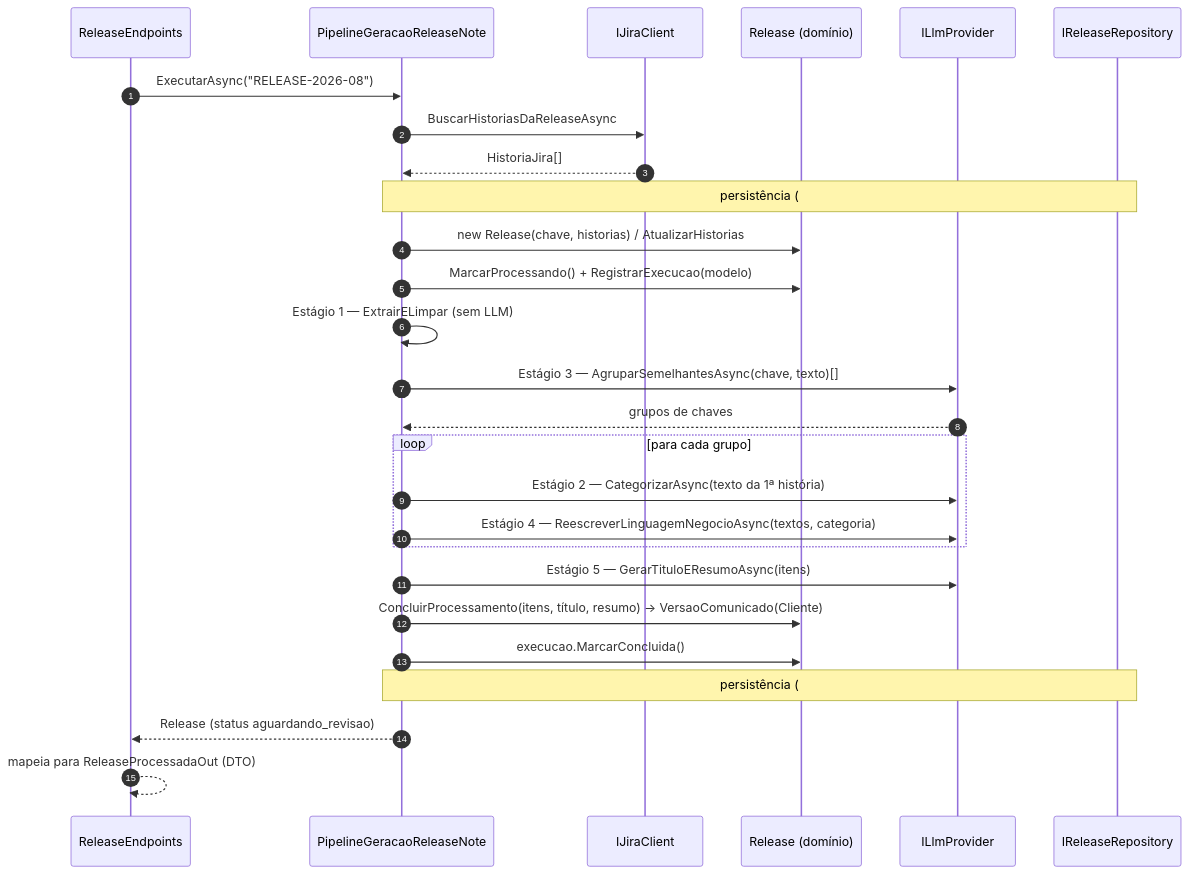
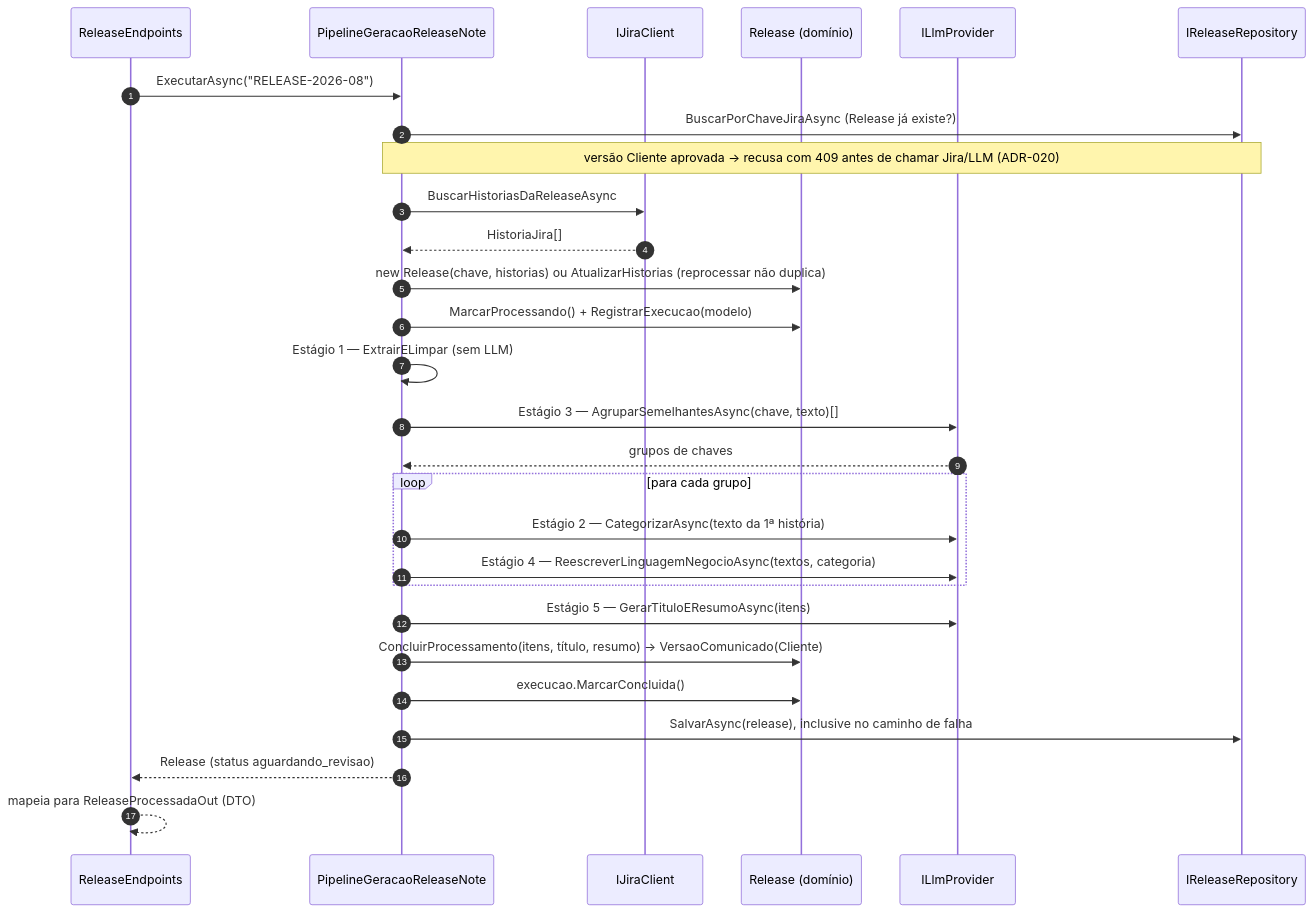
One commit to Douglas-dev404/squad78-invoisys changed the fourth of 5 diagrams in README.md. Above: the diagram before and after it, drawn with Mermaid. The commit also changed other lines of this file and 16 other files, not shown here.

First line of the commit message:
feat: versão aprovada só é reprocessada depois de reaberta (ADR-020)

````diff
--- a/README.md
+++ b/README.md
@@ -199,30 +199,31 @@
 ```mermaid
 sequenceDiagram
     autonumber
     participant API as ReleaseEndpoints
     participant PL as PipelineGeracaoReleaseNote
     participant J as IJiraClient
     participant R as Release (domínio)
     participant L as ILlmProvider
     participant DB as IReleaseRepository
 
     API->>PL: ExecutarAsync("RELEASE-2026-08")
+    PL->>DB: BuscarPorChaveJiraAsync (Release já existe?)
+    Note over PL,DB: versão Cliente aprovada → recusa com 409 antes de chamar Jira/LLM (ADR-020)
     PL->>J: BuscarHistoriasDaReleaseAsync
     J-->>PL: HistoriaJira[]
-    Note over PL,DB: persistência (#20): busca Release existente por chave, reprocessar não duplica
-    PL->>R: new Release(chave, historias) / AtualizarHistorias
+    PL->>R: new Release(chave, historias) ou AtualizarHistorias (reprocessar não duplica)
     PL->>R: MarcarProcessando() + RegistrarExecucao(modelo)
     PL->>PL: Estágio 1 — ExtrairELimpar (sem LLM)
     PL->>L: Estágio 3 — AgruparSemelhantesAsync(chave, texto)[]
     L-->>PL: grupos de chaves
     loop para cada grupo
         PL->>L: Estágio 2 — CategorizarAsync(texto da 1ª história)
         PL->>L: Estágio 4 — ReescreverLinguagemNegocioAsync(textos, categoria)
     end
     PL->>L: Estágio 5 — GerarTituloEResumoAsync(itens)
     PL->>R: ConcluirProcessamento(itens, título, resumo) → VersaoComunicado(Cliente)
     PL->>R: execucao.MarcarConcluida()
-    Note over PL,DB: persistência (#20): SalvarAsync(release), inclusive no caminho de falha
+    PL->>DB: SalvarAsync(release), inclusive no caminho de falha
     PL-->>API: Release (status aguardando_revisao)
     API-->>API: mapeia para ReleaseProcessadaOut (DTO)
 ```
````
